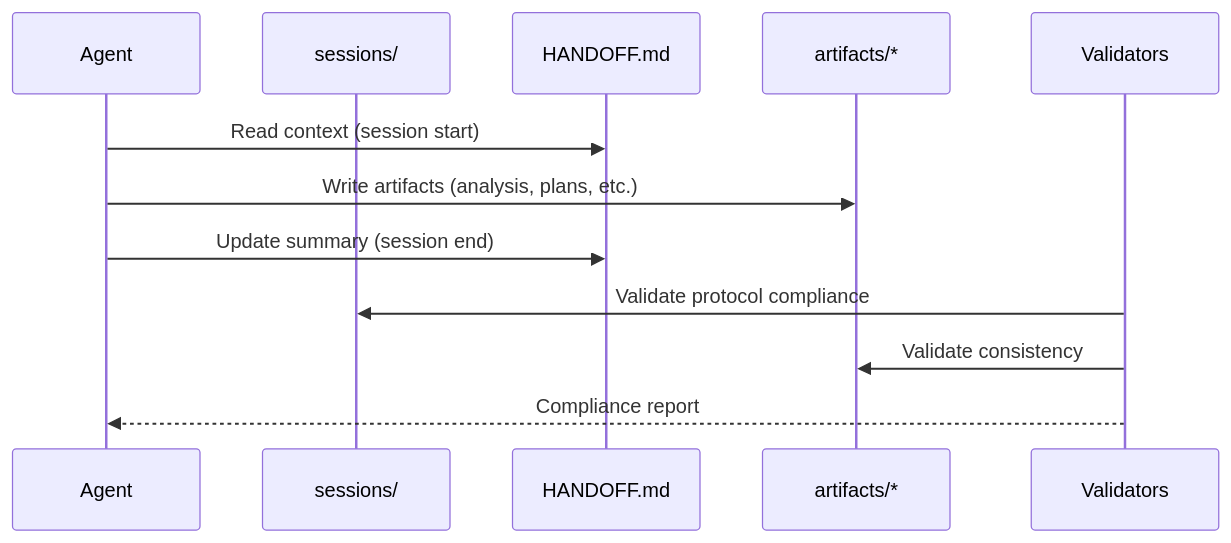
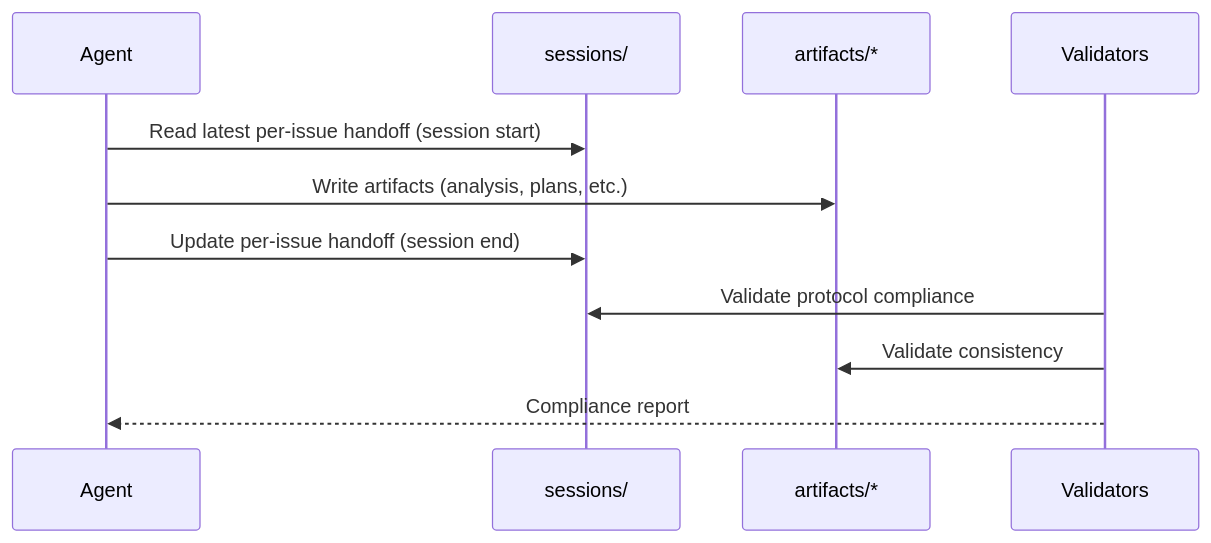
Before and after one commit to rjmurillo/ai-agents: the second of 3 diagrams in .agents/AGENTS.md, drawn with Mermaid. The commit also changed other lines of this file and 1 other file, not shown here.

First line of the commit message:
docs(agents): drop the retired HANDOFF.md dashboard from the scaffold docs

````diff
--- a/.agents/AGENTS.md
+++ b/.agents/AGENTS.md
@@ -149,16 +147,15 @@
 ```mermaid
 sequenceDiagram
     participant Agent
     participant Session as sessions/
-    participant Handoff as HANDOFF.md
     participant Output as artifacts/*
     participant Validation as Validators
 
-    Agent->>Handoff: Read context (session start)
+    Agent->>Session: Read latest per-issue handoff (session start)
     Agent->>Output: Write artifacts (analysis, plans, etc.)
-    Agent->>Handoff: Update summary (session end)
+    Agent->>Session: Update per-issue handoff (session end)
 
     Validation->>Session: Validate protocol compliance
     Validation->>Output: Validate consistency
     Validation-->>Agent: Compliance report
 ```
````
